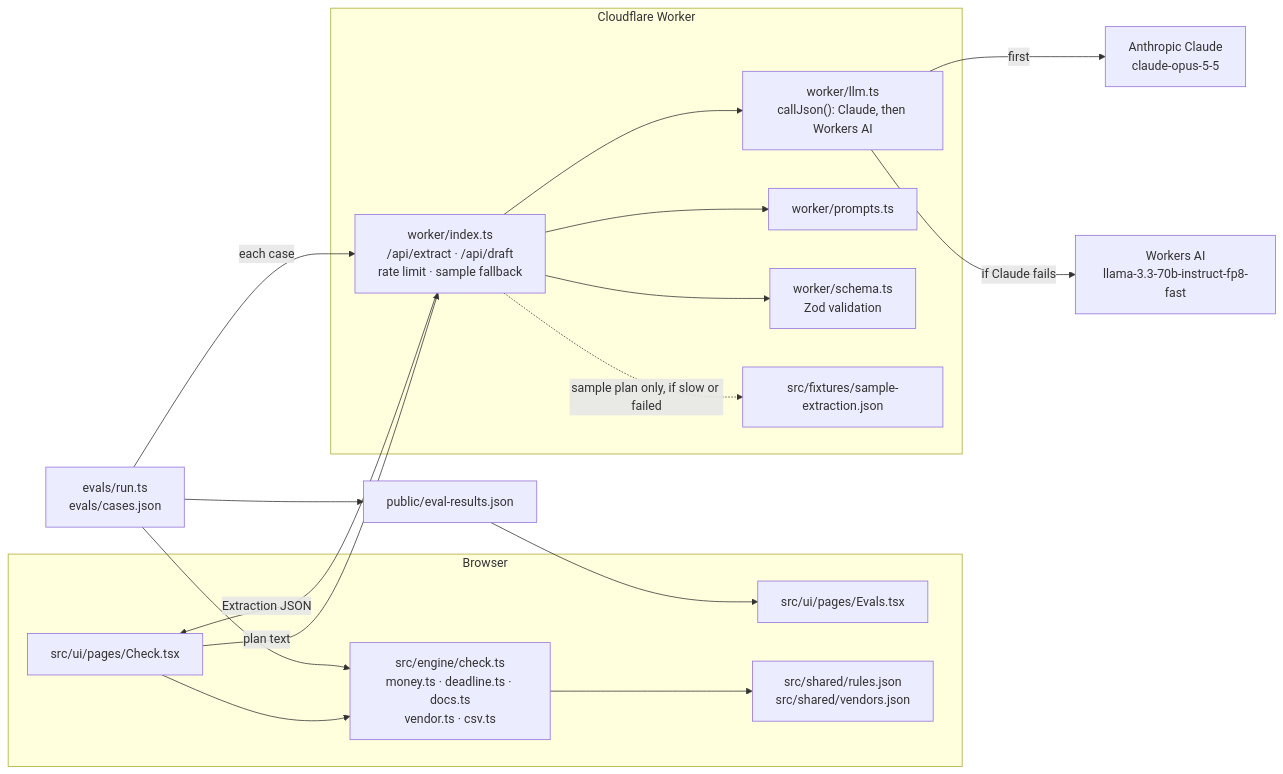
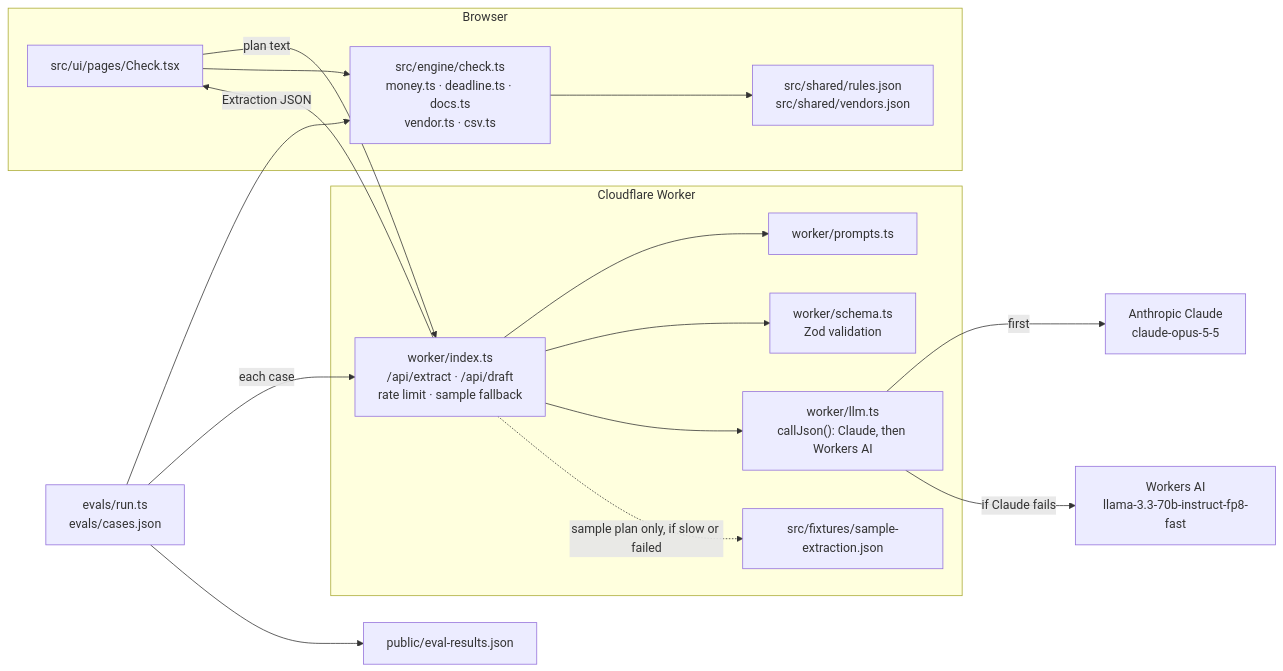
The diagram in README.md (DY0810/fundcheck), drawn with Mermaid before and after one commit. The commit also changed other lines of this file and 2 other files, not shown here.

````diff
--- a/README.md
+++ b/README.md
@@ -54,35 +54,33 @@
 ```mermaid
 flowchart LR
   subgraph Browser
     Check["src/ui/pages/Check.tsx"]
-    Evals["src/ui/pages/Evals.tsx"]
     Engine["src/engine/check.ts<br/>money.ts · deadline.ts · docs.ts<br/>vendor.ts · csv.ts"]
     Data["src/shared/rules.json<br/>src/shared/vendors.json"]
   end
   subgraph Worker["Cloudflare Worker"]
     Index["worker/index.ts<br/>/api/extract · /api/draft<br/>rate limit · sample fallback"]
     LLM["worker/llm.ts<br/>callJson(): Claude, then Workers AI"]
     Prompts["worker/prompts.ts"]
     Schema["worker/schema.ts<br/>Zod validation"]
     Cached["src/fixtures/sample-extraction.json"]
   end
   Claude["Anthropic Claude<br/>claude-opus-5-5"]
   WAI["Workers AI<br/>llama-3.3-70b-instruct-fp8-fast"]
   Runner["evals/run.ts<br/>evals/cases.json"]
   Results["public/eval-results.json"]
 
   Check -- "plan text" --> Index
   Index --> Prompts
   Index --> Schema
   Index --> LLM
   LLM -- "first" --> Claude
   LLM -- "if Claude fails" --> WAI
   Index -. "sample plan only, if slow or failed" .-> Cached
   Index -- "Extraction JSON" --> Check
   Check --> Engine
   Engine --> Data
   Runner -- "each case" --> Index
   Runner --> Engine
   Runner --> Results
-  Results --> Evals
 ```
````
